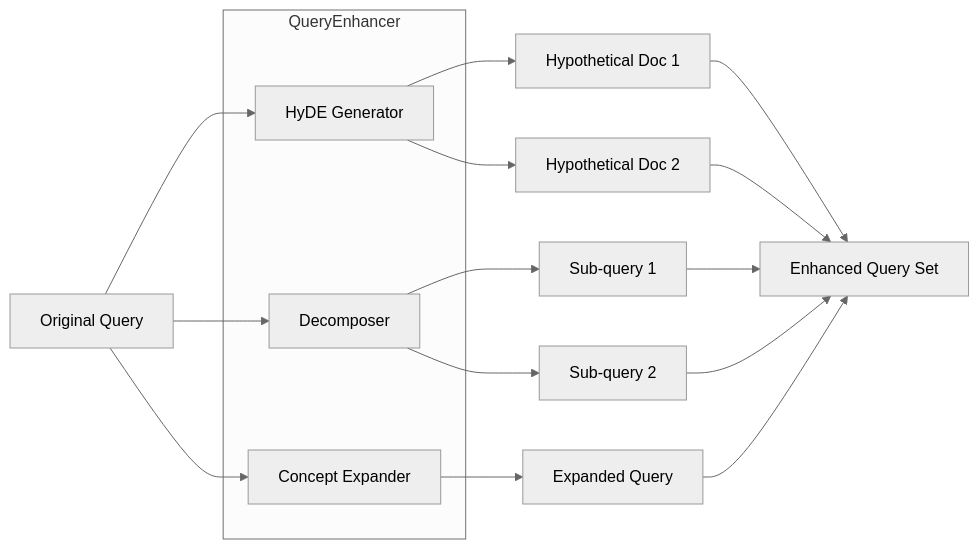
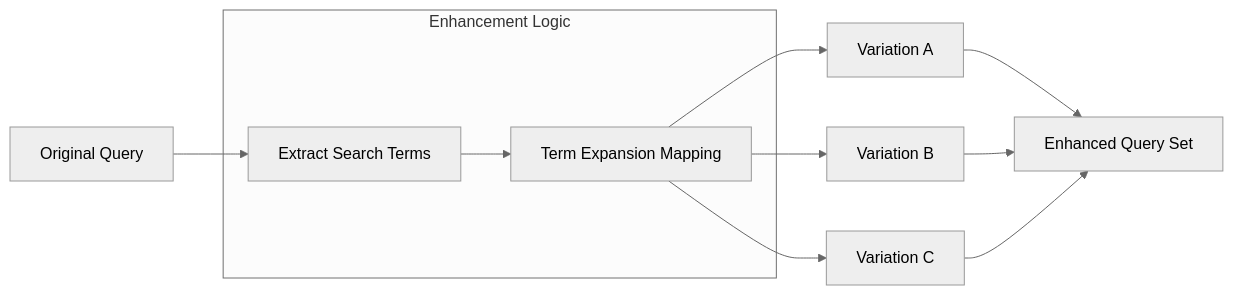
The second of 4 diagrams in docs/knowledge-base-rag/rag-retrieval-system.md (AutomatosAI/automatos-ai), drawn with Mermaid (neutral theme) before and after one commit. The commit also changed other lines of this file and 153 other files, not shown here.

````diff
--- a/docs/knowledge-base-rag/rag-retrieval-system.md
+++ b/docs/knowledge-base-rag/rag-retrieval-system.md
@@ -180,26 +178,20 @@
 ```mermaid
 graph LR
     Query["Original Query"]
     
-    subgraph QueryEnhancer
-        HyDE["HyDE Generator"]
-        Decomp["Decomposer"]
-        Expand["Concept Expander"]
+    subgraph "Enhancement Logic"
+        Terms["Extract Search Terms"]
+        Expansions["Term Expansion Mapping"]
     end
     
-    Query --> HyDE
-    Query --> Decomp
-    Query --> Expand
+    Query --> Terms
+    Terms --> Expansions
     
-    HyDE --> Q1["Hypothetical Doc 1"]
-    HyDE --> Q2["Hypothetical Doc 2"]
-    Decomp --> Q3["Sub-query 1"]
-    Decomp --> Q4["Sub-query 2"]
-    Expand --> Q5["Expanded Query"]
+    Expansions --> Q1["Variation A"]
+    Expansions --> Q2["Variation B"]
+    Expansions --> Q3["Variation C"]
     
     Q1 --> Enhanced["Enhanced Query Set"]
     Q2 --> Enhanced
     Q3 --> Enhanced
-    Q4 --> Enhanced
-    Q5 --> Enhanced
 ```
````
